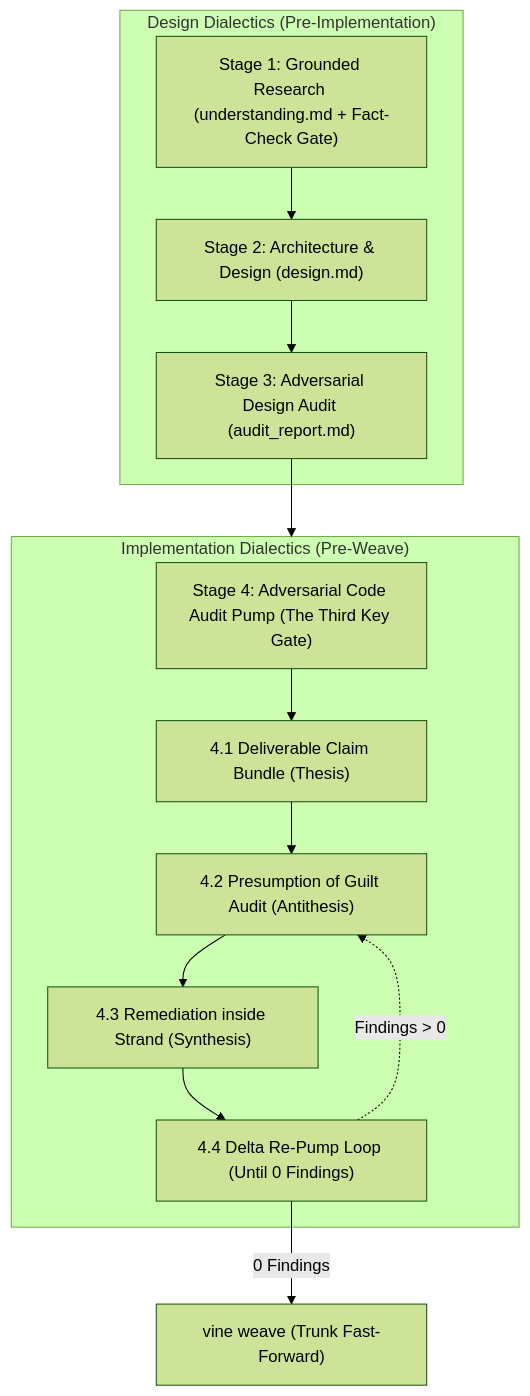
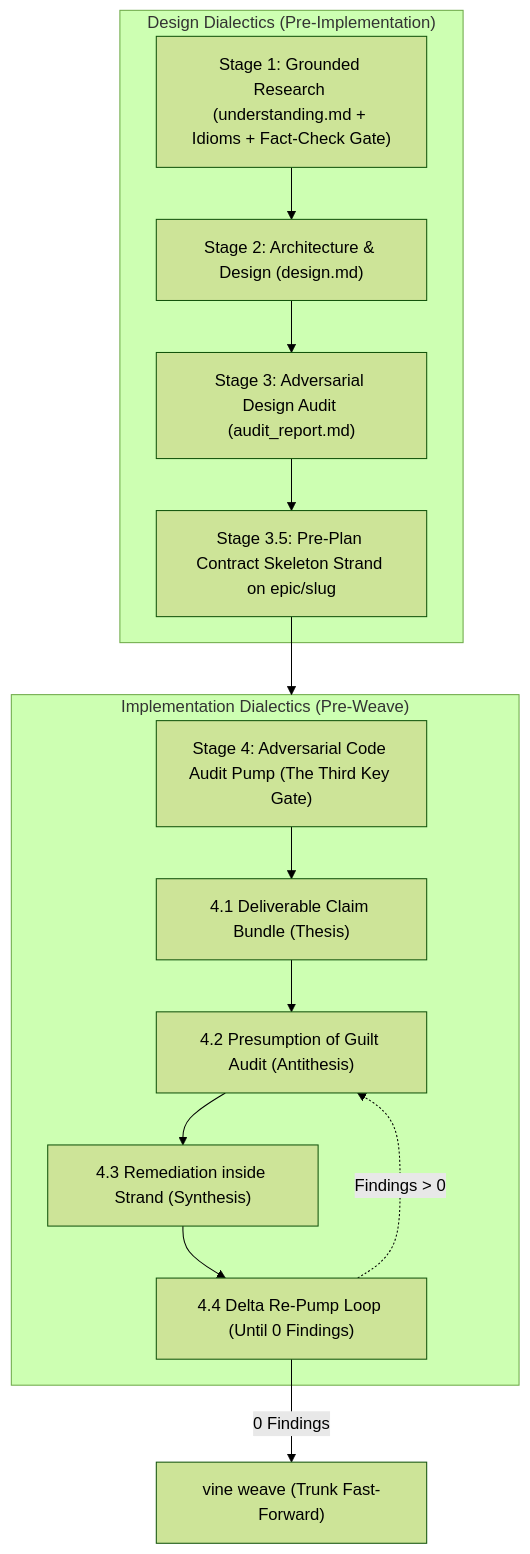
The first of 3 diagrams in skills/dialectical-pump/SKILL.md (axiomantic/garden), drawn with Mermaid (forest theme) before and after one commit. The commit also changed other lines of this file and 9 other files, not shown here.

Commit message:
feat: pre-plan contract skeleton ceremony and orchestrator inline deprioritization

````diff
--- a/skills/dialectical-pump/SKILL.md
+++ b/skills/dialectical-pump/SKILL.md
@@ -36,22 +36,23 @@
 ```mermaid
 flowchart TD
     subgraph DesignPhase["Design Dialectics (Pre-Implementation)"]
-        Stage1["Stage 1: Grounded Research (understanding.md + Fact-Check Gate)"]
+        Stage1["Stage 1: Grounded Research (understanding.md + Idioms + Fact-Check Gate)"]
         Stage2["Stage 2: Architecture & Design (design.md)"]
         Stage3["Stage 3: Adversarial Design Audit (audit_report.md)"]
-        Stage1 --> Stage2 --> Stage3
+        Stage35["Stage 3.5: Pre-Plan Contract Skeleton Strand on epic/slug"]
+        Stage1 --> Stage2 --> Stage3 --> Stage35
     end
 
     subgraph ImplementationPhase["Implementation Dialectics (Pre-Weave)"]
         Stage4["Stage 4: Adversarial Code Audit Pump (The Third Key Gate)"]
         Stage4A["4.1 Deliverable Claim Bundle (Thesis)"]
         Stage4B["4.2 Presumption of Guilt Audit (Antithesis)"]
         Stage4C["4.3 Remediation inside Strand (Synthesis)"]
         Stage4D["4.4 Delta Re-Pump Loop (Until 0 Findings)"]
         Stage4 --> Stage4A --> Stage4B --> Stage4C --> Stage4D
         Stage4D -.->|"Findings > 0"| Stage4B
     end
 
-    Stage3 --> ImplementationPhase
+    Stage35 --> ImplementationPhase
     Stage4D -->|"0 Findings"| Weave["vine weave (Trunk Fast-Forward)"]
 ```
````
